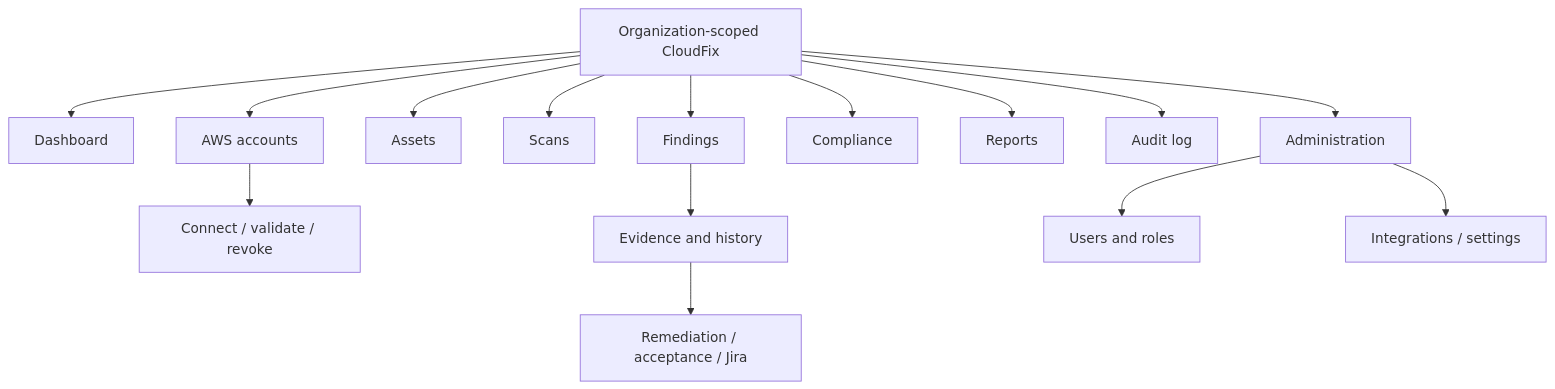
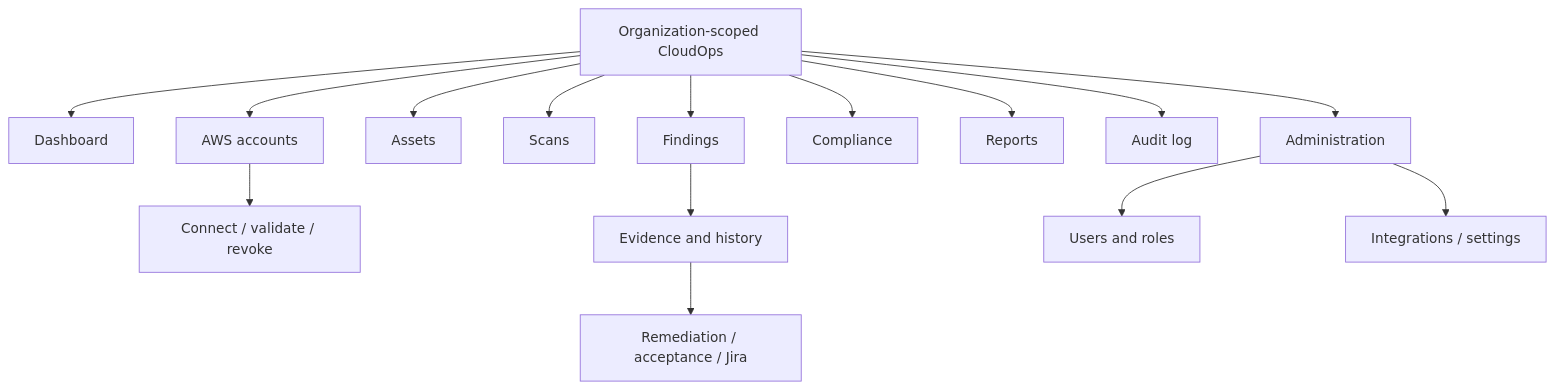
Before and after one commit to cloudops-project/CloudOps: the diagram in docs/design/information-architecture.md, drawn with Mermaid. The commit also changed 63 other files, not shown here.

````diff
--- a/docs/design/information-architecture.md
+++ b/docs/design/information-architecture.md
@@ -7,17 +7,17 @@
 ```mermaid
 flowchart TD
-  ROOT["Organization-scoped CloudFix"] --> DASH[Dashboard]
+  ROOT["Organization-scoped CloudOps"] --> DASH[Dashboard]
   ROOT --> AWS[AWS accounts]
   ROOT --> ASSET[Assets]
   ROOT --> SCAN[Scans]
   ROOT --> FIND[Findings]
   ROOT --> COMP[Compliance]
   ROOT --> REP[Reports]
   ROOT --> AUD[Audit log]
   ROOT --> ADMIN[Administration]
   AWS --> ONB[Connect / validate / revoke]
   FIND --> DETAIL[Evidence and history]
   DETAIL --> REM[Remediation / acceptance / Jira]
   ADMIN --> USERS[Users and roles]
   ADMIN --> INT[Integrations / settings]
 ```
````
